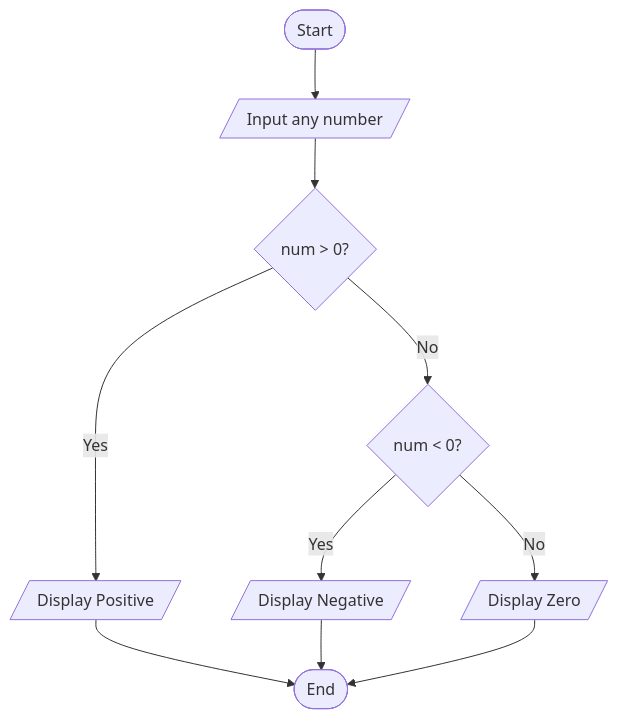
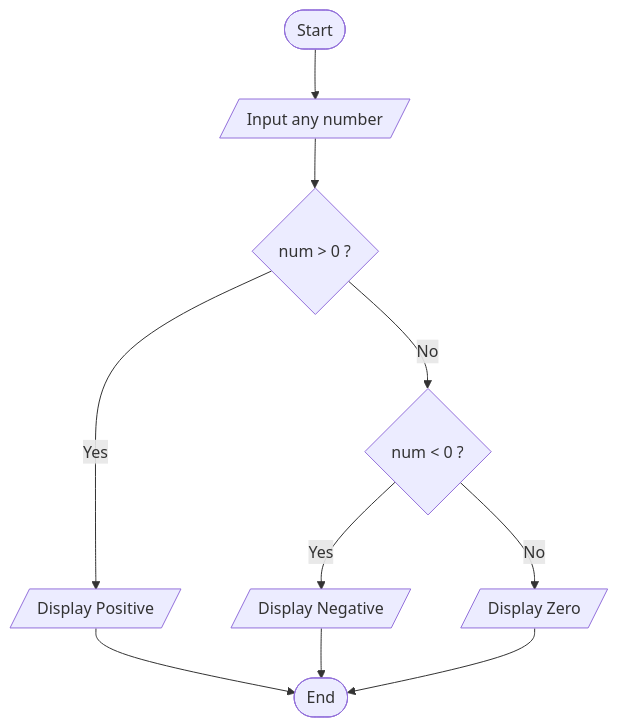
One commit to Padmaqaauto/Flowchart_and_Pseudocode changed the diagram in Algorithms/Find_Integer.md. Above: the diagram before and after it, drawn with Mermaid. The commit also changed 12 other files, not shown here.

````diff
--- a/Algorithms/Find_Integer.md
+++ b/Algorithms/Find_Integer.md
@@ -33,13 +33,13 @@
 ```mermaid
 flowchart TD
 
     A(["Start"]) --> B[/Input any number/]
-    B --> C{"num > 0?"}
+    B --> C{"num > 0 ?"}
     C -->|Yes| D[/Display Positive/]
-    C -->|No| E{"num < 0?"}
+    C -->|No| E{"num < 0 ?"}
     E -->|Yes| F[/Display Negative/]
     E -->|No| G[/Display Zero/]
     D --> H(["End"])
     F --> H
     G --> H
 ```
````
